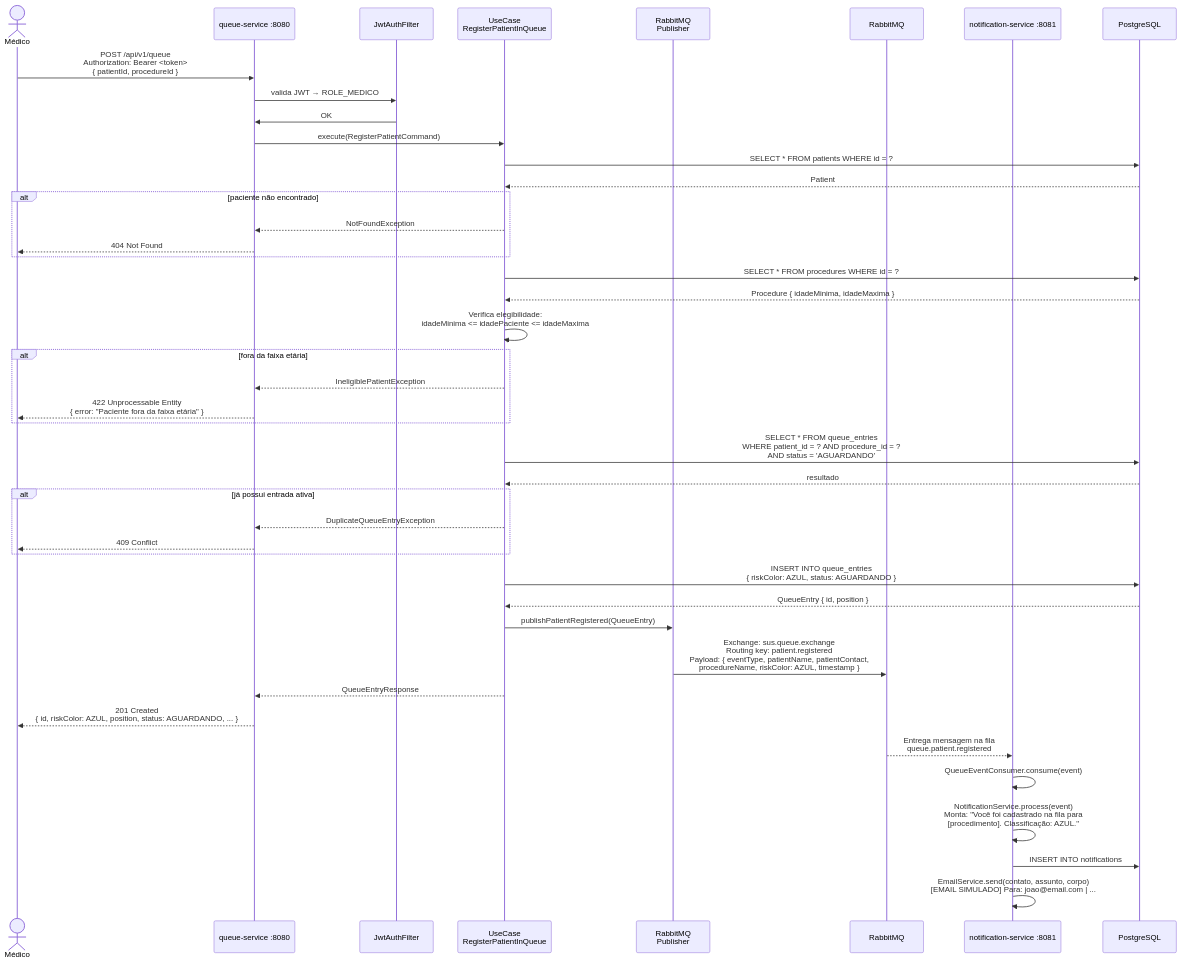
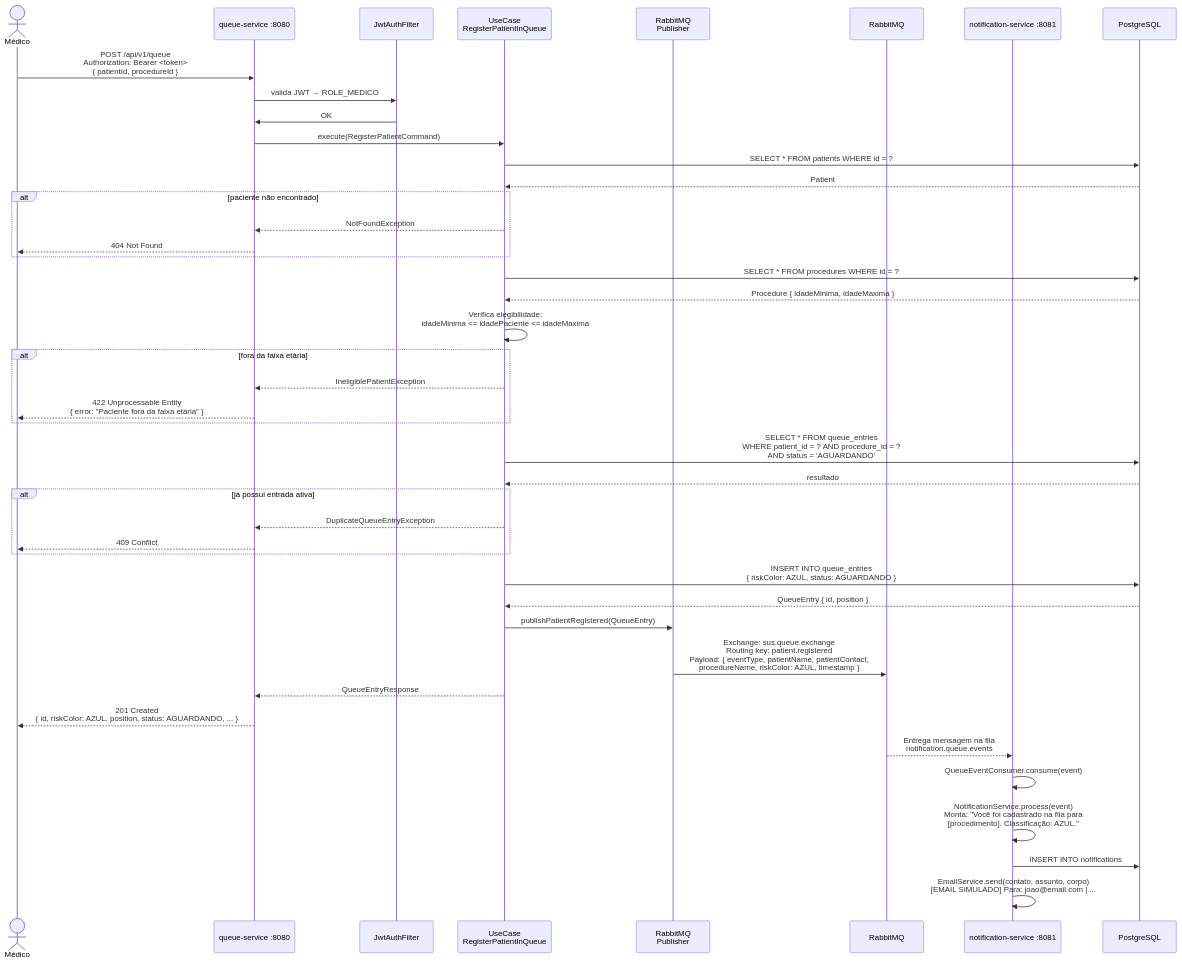
The fourth of 13 diagrams in docs/sequencias-diagrama.md (LucasBruner/Morbus), drawn with Mermaid before and after one commit. The commit also changed other lines of this file and 3 other files, not shown here.

````diff
--- a/docs/sequencias-diagrama.md
+++ b/docs/sequencias-diagrama.md
@@ -128,60 +128,60 @@
 ```mermaid
 sequenceDiagram
     actor Medico as Médico
     participant QS as queue-service :8080
     participant Filter as JwtAuthFilter
     participant UC as UseCase<br/>RegisterPatientInQueue
     participant Publisher as RabbitMQ<br/>Publisher
     participant MQ as RabbitMQ
     participant NS as notification-service :8081
     participant DB as PostgreSQL
 
     Medico->>QS: POST /api/v1/queue<br/>Authorization: Bearer <token><br/>{ patientId, procedureId }
 
     QS->>Filter: valida JWT → ROLE_MEDICO
     Filter->>QS: OK
 
     QS->>UC: execute(RegisterPatientCommand)
 
     UC->>DB: SELECT * FROM patients WHERE id = ?
     DB-->>UC: Patient
 
     alt paciente não encontrado
         UC-->>QS: NotFoundException
         QS-->>Medico: 404 Not Found
     end
 
     UC->>DB: SELECT * FROM procedures WHERE id = ?
     DB-->>UC: Procedure { idadeMinima, idadeMaxima }
 
     UC->>UC: Verifica elegibilidade:<br/>idadeMinima <= idadePaciente <= idadeMaxima
 
     alt fora da faixa etária
         UC-->>QS: IneligiblePatientException
         QS-->>Medico: 422 Unprocessable Entity<br/>{ error: "Paciente fora da faixa etária" }
     end
 
     UC->>DB: SELECT * FROM queue_entries<br/>WHERE patient_id = ? AND procedure_id = ?<br/>AND status = 'AGUARDANDO'
     DB-->>UC: resultado
 
     alt já possui entrada ativa
         UC-->>QS: DuplicateQueueEntryException
         QS-->>Medico: 409 Conflict
     end
 
     UC->>DB: INSERT INTO queue_entries<br/>{ riskColor: AZUL, status: AGUARDANDO }
     DB-->>UC: QueueEntry { id, position }
 
     UC->>Publisher: publishPatientRegistered(QueueEntry)
     Publisher->>MQ: Exchange: sus.queue.exchange<br/>Routing key: patient.registered<br/>Payload: { eventType, patientName, patientContact,<br/>procedureName, riskColor: AZUL, timestamp }
 
     UC-->>QS: QueueEntryResponse
     QS-->>Medico: 201 Created<br/>{ id, riskColor: AZUL, position, status: AGUARDANDO, ... }
 
-    MQ-->>NS: Entrega mensagem na fila<br/>queue.patient.registered
+    MQ-->>NS: Entrega mensagem na fila<br/>notification.queue.events
 
     NS->>NS: QueueEventConsumer.consume(event)
     NS->>NS: NotificationService.process(event)<br/>Monta: "Você foi cadastrado na fila para<br/>[procedimento]. Classificação: AZUL."
     NS->>DB: INSERT INTO notifications
     NS->>NS: EmailService.send(contato, assunto, corpo)<br/>[EMAIL SIMULADO] Para: joao@email.com | ...
 ```
````
